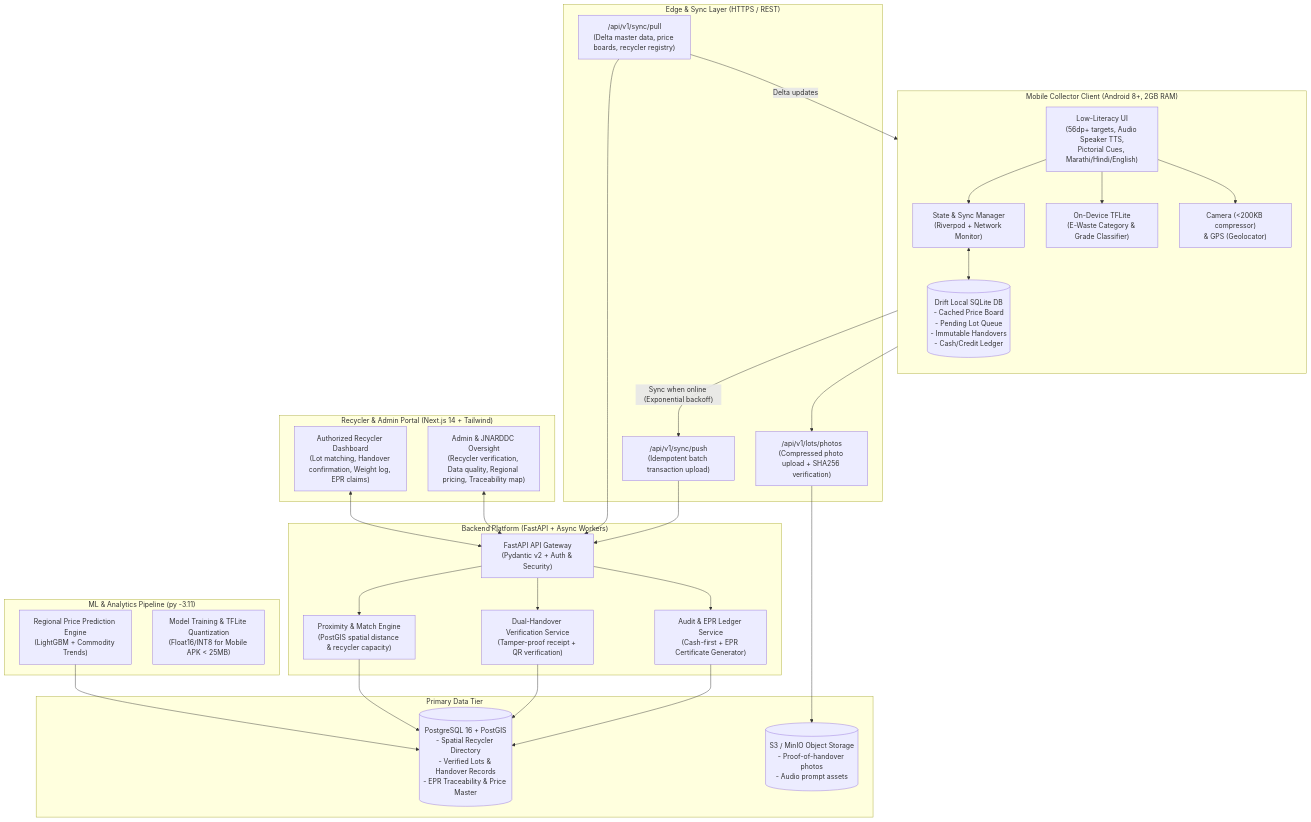
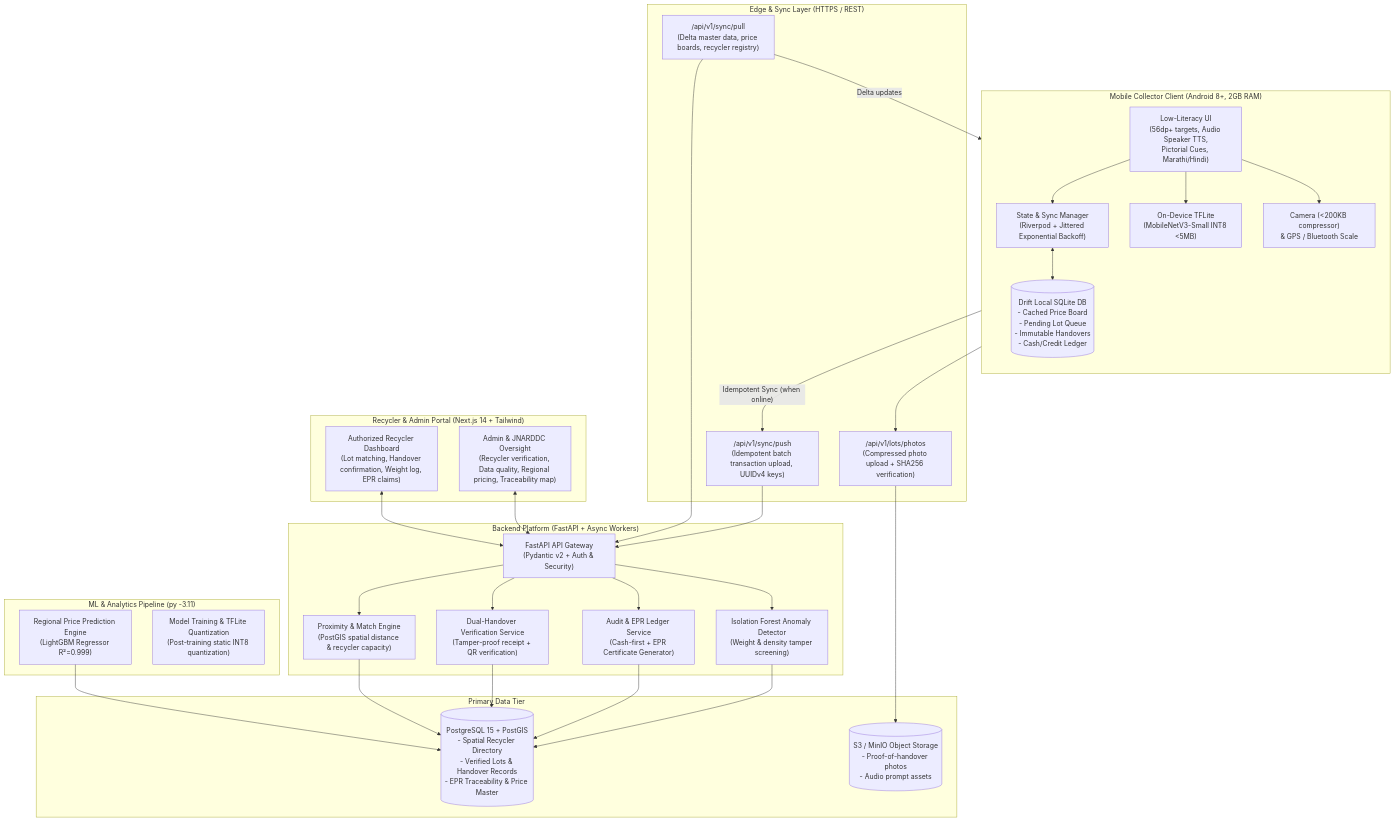
The diagram in README.md (shreyaspatankar-07/kabadiwala-connect), drawn with Mermaid before and after one commit. The commit also changed other lines of this file, not shown here.

````diff
--- a/README.md
+++ b/README.md
@@ -17,66 +47,69 @@
 ```mermaid
 flowchart TB
     subgraph MobileDevice ["Mobile Collector Client (Android 8+, 2GB RAM)"]
         direction TB
-        UI["Low-Literacy UI\n(56dp+ targets, Audio Speaker TTS,\nPictorial Cues, Marathi/Hindi/English)"]
-        BLOC["State & Sync Manager\n(Riverpod + Network Monitor)"]
+        UI["Low-Literacy UI\n(56dp+ targets, Audio Speaker TTS,\nPictorial Cues, Marathi/Hindi)"]
+        BLOC["State & Sync Manager\n(Riverpod + Jittered Exponential Backoff)"]
         LOCAL_DB[("Drift Local SQLite DB\n- Cached Price Board\n- Pending Lot Queue\n- Immutable Handovers\n- Cash/Credit Ledger")]
-        TFLITE["On-Device TFLite\n(E-Waste Category & Grade Classifier)"]
-        CAM_GPS["Camera (<200KB compressor)\n& GPS (Geolocator)"]
+        TFLITE["On-Device TFLite\n(MobileNetV3-Small INT8 <5MB)"]
+        CAM_GPS["Camera (<200KB compressor)\n& GPS / Bluetooth Scale"]
         
         UI --> BLOC
         BLOC <--> LOCAL_DB
         UI --> TFLITE
         UI --> CAM_GPS
     end
 
     subgraph SyncEngine ["Edge & Sync Layer (HTTPS / REST)"]
         SYNC_PULL["/api/v1/sync/pull\n(Delta master data, price boards, recycler registry)"]
-        SYNC_PUSH["/api/v1/sync/push\n(Idempotent batch transaction upload)"]
+        SYNC_PUSH["/api/v1/sync/push\n(Idempotent batch transaction upload, UUIDv4 keys)"]
         MEDIA_INGEST["/api/v1/lots/photos\n(Compressed photo upload + SHA256 verification)"]
     end
 
     subgraph BackendSystem ["Backend Platform (FastAPI + Async Workers)"]
         API_GATEWAY["FastAPI API Gateway\n(Pydantic v2 + Auth & Security)"]
         MATCH_ENGINE["Proximity & Match Engine\n(PostGIS spatial distance & recycler capacity)"]
         HANDOVER_SERVICE["Dual-Handover Verification Service\n(Tamper-proof receipt + QR verification)"]
         LEDGER_SERVICE["Audit & EPR Ledger Service\n(Cash-first + EPR Certificate Generator)"]
+        ANOMALY_DETECTOR["Isolation Forest Anomaly Detector\n(Weight & density tamper screening)"]
     end
 
     subgraph DataStore ["Primary Data Tier"]
-        POSTGRES[("PostgreSQL 16 + PostGIS\n- Spatial Recycler Directory\n- Verified Lots & Handover Records\n- EPR Traceability & Price Master")]
+        POSTGRES[("PostgreSQL 15 + PostGIS\n- Spatial Recycler Directory\n- Verified Lots & Handover Records\n- EPR Traceability & Price Master")]
         OBJECT_STORAGE[("S3 / MinIO Object Storage\n- Proof-of-handover photos\n- Audio prompt assets")]
     end
 
     subgraph ML_Services ["ML & Analytics Pipeline (py -3.11)"]
-        PRICE_MODEL["Regional Price Prediction Engine\n(LightGBM + Commodity Trends)"]
-        TRAIN_PIPELINE["Model Training & TFLite Quantization\n(Float16/INT8 for Mobile APK < 25MB)"]
+        PRICE_MODEL["Regional Price Prediction Engine\n(LightGBM Regressor R²=0.999)"]
+        TRAIN_PIPELINE["Model Training & TFLite Quantization\n(Post-training static INT8 quantization)"]
     end
 
     subgraph Portals ["Recycler & Admin Portal (Next.js 14 + Tailwind)"]
         RECYCLER_PORTAL["Authorized Recycler Dashboard\n(Lot matching, Handover confirmation, Weight log, EPR claims)"]
         ADMIN_PORTAL["Admin & JNARDDC Oversight\n(Recycler verification, Data quality, Regional pricing, Traceability map)"]
     end
 
     %% Connections
-    BLOC -- "Sync when online (Exponential backoff)" --> SYNC_PUSH
+    BLOC -- "Idempotent Sync (when online)" --> SYNC_PUSH
     SYNC_PULL -- "Delta updates" --> BLOC
     CAM_GPS --> MEDIA_INGEST
     
     SYNC_PUSH --> API_GATEWAY
     SYNC_PULL --> API_GATEWAY
     MEDIA_INGEST --> OBJECT_STORAGE
     
     API_GATEWAY --> MATCH_ENGINE
     API_GATEWAY --> HANDOVER_SERVICE
     API_GATEWAY --> LEDGER_SERVICE
+    API_GATEWAY --> ANOMALY_DETECTOR
     
     MATCH_ENGINE --> POSTGRES
     HANDOVER_SERVICE --> POSTGRES
     LEDGER_SERVICE --> POSTGRES
+    ANOMALY_DETECTOR --> POSTGRES
     
     PRICE_MODEL --> POSTGRES
     
     RECYCLER_PORTAL <--> API_GATEWAY
     ADMIN_PORTAL <--> API_GATEWAY
 ```
````
